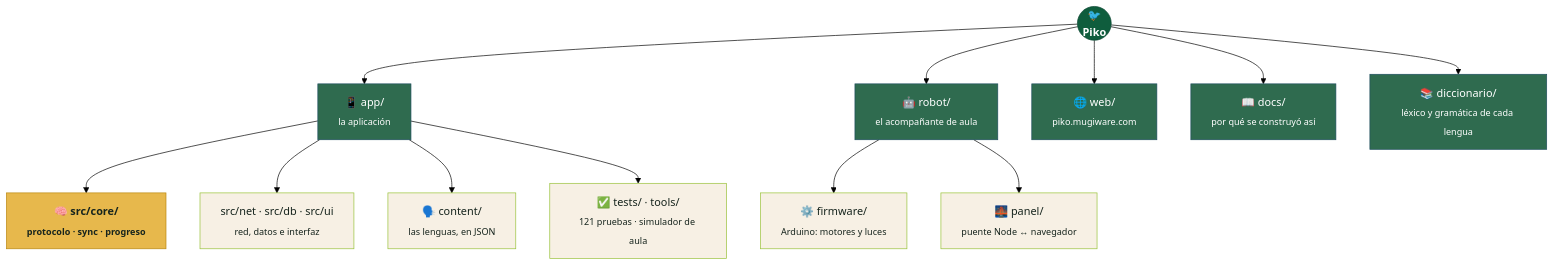
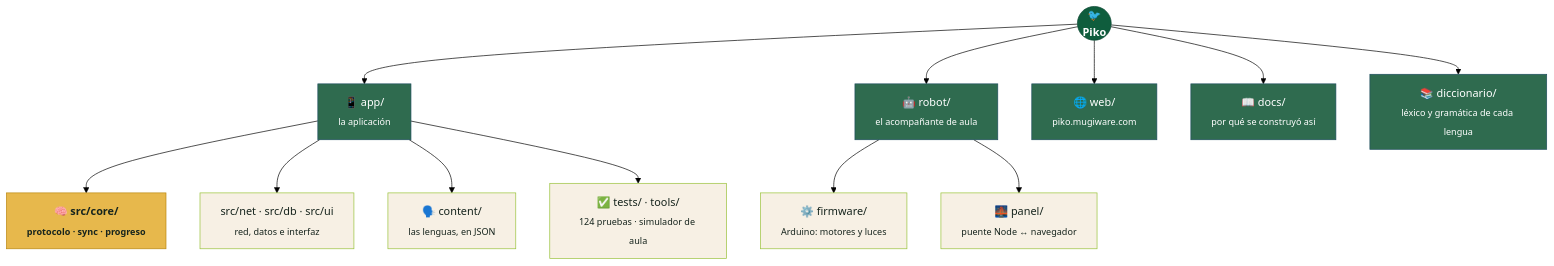
One commit to dnnyhr/Piko-Aplicacion-para-el-aprendizaje-de-idiomas- changed the second of 2 diagrams in README.md. Above: the diagram before and after it, drawn with Mermaid (forest theme). The commit also changed other lines of this file and 20 other files, not shown here.

````diff
--- a/README.md
+++ b/README.md
@@ -176,28 +176,28 @@
 ```mermaid
 flowchart TD
     RAIZ(("🐦<br/>Piko"))
 
     RAIZ --> APP["📱 app/<br/><sub>la aplicación</sub>"]
     RAIZ --> ROBOT["🤖 robot/<br/><sub>el acompañante de aula</sub>"]
     RAIZ --> WEB["🌐 web/<br/><sub>piko.mugiware.com</sub>"]
     RAIZ --> DOCS["📖 docs/<br/><sub>por qué se construyó así</sub>"]
     RAIZ --> DICC["📚 diccionario/<br/><sub>léxico y gramática de cada lengua</sub>"]
 
     APP --> CORE["🧠 src/core/<br/><sub>protocolo · sync · progreso</sub>"]
     APP --> RESTO["src/net · src/db · src/ui<br/><sub>red, datos e interfaz</sub>"]
     APP --> CONTENT["🗣️ content/<br/><sub>las lenguas, en JSON</sub>"]
-    APP --> TESTS["✅ tests/ · tools/<br/><sub>121 pruebas · simulador de aula</sub>"]
+    APP --> TESTS["✅ tests/ · tools/<br/><sub>124 pruebas · simulador de aula</sub>"]
 
     ROBOT --> FIRM["⚙️ firmware/<br/><sub>Arduino: motores y luces</sub>"]
     ROBOT --> PANEL["🌉 panel/<br/><sub>puente Node ↔ navegador</sub>"]
 
     classDef raiz fill:#0F5D3D,stroke:#0A4530,color:#fff,font-weight:bold
     classDef puerta fill:#2F6B4F,stroke:#1F4E5F,color:#fff
     classDef nucleo fill:#E7B84C,stroke:#B9860F,color:#16241D,font-weight:bold
     classDef hoja fill:#F7F0E4,stroke:#97C137,color:#16241D
 
     class RAIZ raiz
     class APP,ROBOT,WEB,DOCS,DICC puerta
     class CORE nucleo
     class RESTO,CONTENT,TESTS,FIRM,PANEL hoja
 ```
````
